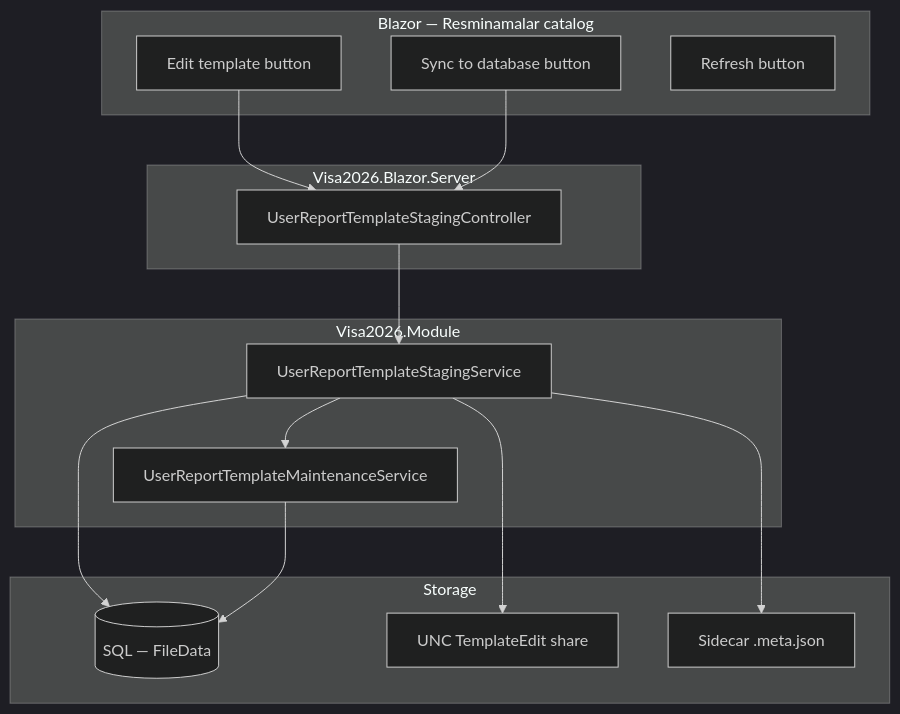
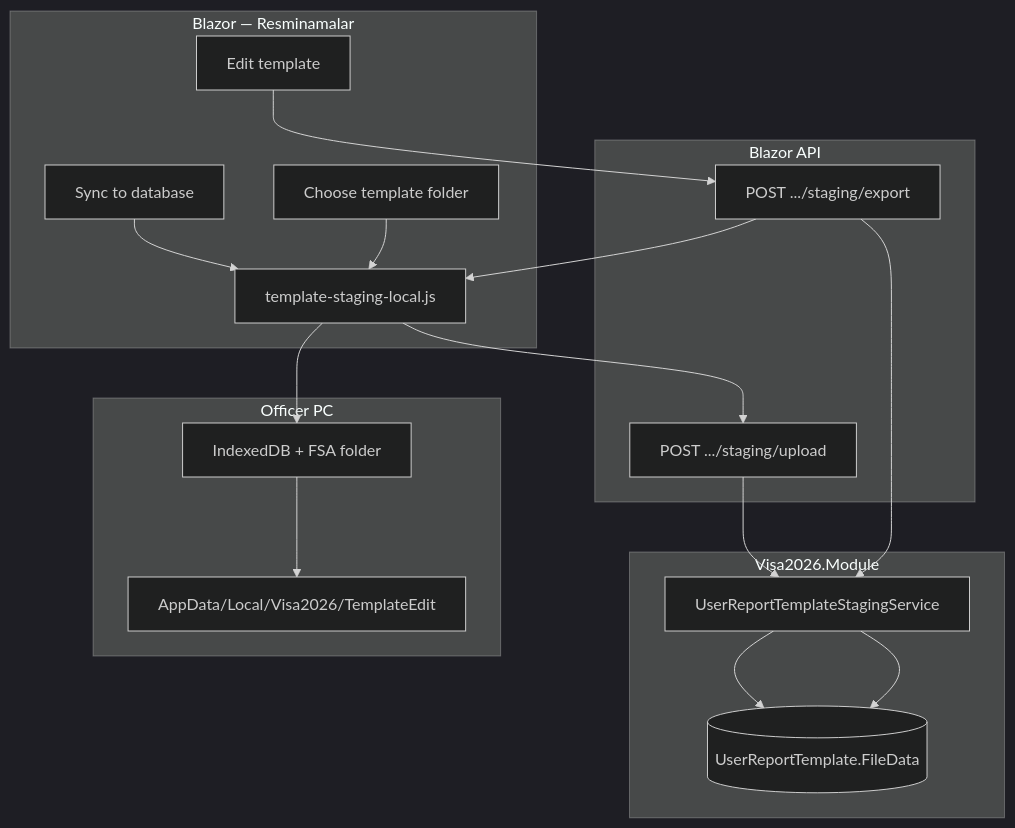
The second of 2 diagrams in docs/TEMPLATE_STAGING_EDIT.md (webapis/Visa2026), drawn with Mermaid (dark theme) before and after one commit. The commit also changed other lines of this file and 39 other files, not shown here.

First line of the commit message:
Simplify Resminamalar template edit to local sandbox and fix Office open.

````diff
--- a/docs/TEMPLATE_STAGING_EDIT.md
+++ b/docs/TEMPLATE_STAGING_EDIT.md
@@ -76,31 +141,26 @@
 ```mermaid
 flowchart TB
-    subgraph ui [Blazor — Resminamalar catalog]
-        EDIT[Edit template button]
-        SYNC[Sync to database button]
-        REF[Refresh button]
+    subgraph ui [Blazor — Resminamalar]
+        EDIT[Edit template]
+        CHOOSE[Choose template folder]
+        SYNC[Sync to database]
+        JS[template-staging-local.js]
+    end
+    subgraph api [Blazor API]
+        EXP[POST .../staging/export]
+        UPL[POST .../staging/upload]
+    end
+    subgraph module [Visa2026.Module]
+        SVC[UserReportTemplateStagingService]
+        DB[(UserReportTemplate.FileData)]
+    end
+    subgraph pc [Officer PC]
+        FSA[IndexedDB + FSA folder]
+        DOC[AppData/Local/Visa2026/TemplateEdit]
     end
 
-    subgraph api [Visa2026.Blazor.Server]
-        CTRL[UserReportTemplateStagingController]
-    end
-
-    subgraph module [Visa2026.Module]
-        STG[UserReportTemplateStagingService]
-        MAINT[UserReportTemplateMaintenanceService]
-    end
-
-    subgraph storage [Storage]
-        DB[(SQL — FileData)]
-        SHARE[UNC TemplateEdit share]
-        META[Sidecar .meta.json]
-    end
-
-    EDIT --> CTRL --> STG
-    SYNC --> CTRL
-    STG --> DB
-    STG --> SHARE
-    STG --> META
-    STG --> MAINT
-    MAINT --> DB
+    CHOOSE --> JS
+    EDIT --> EXP --> SVC --> DB
+    EXP --> JS --> FSA --> DOC
+    SYNC --> JS --> UPL --> SVC --> DB
 ```
````
